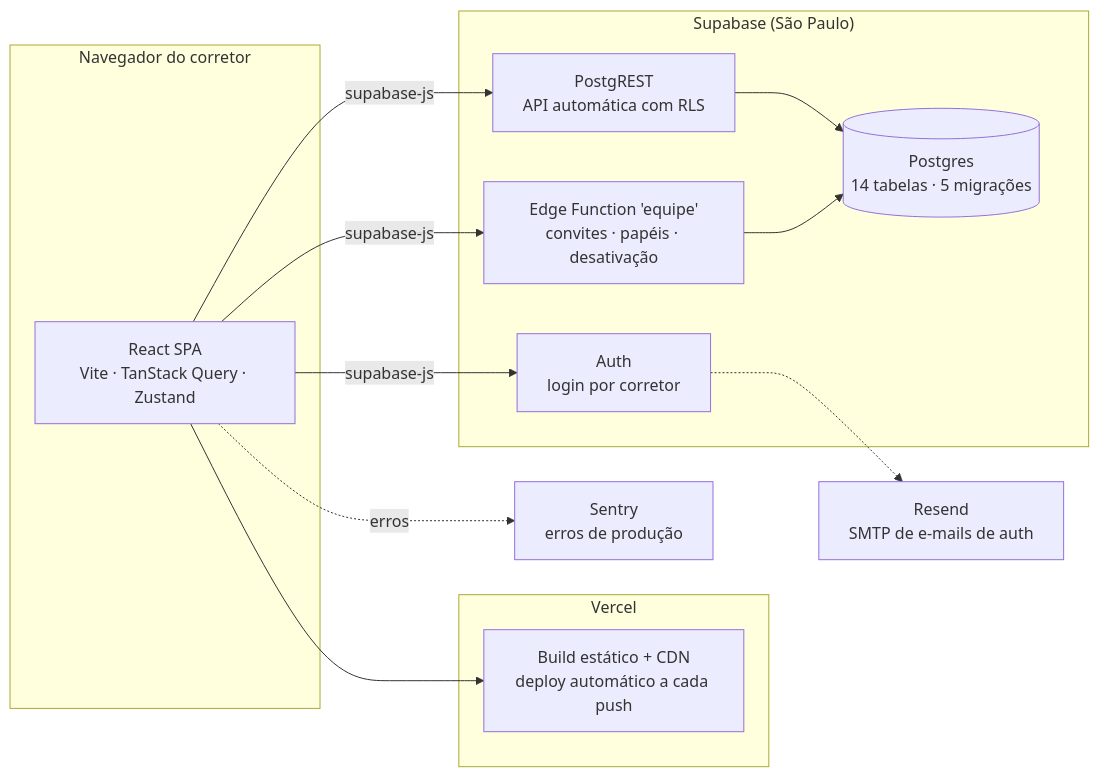
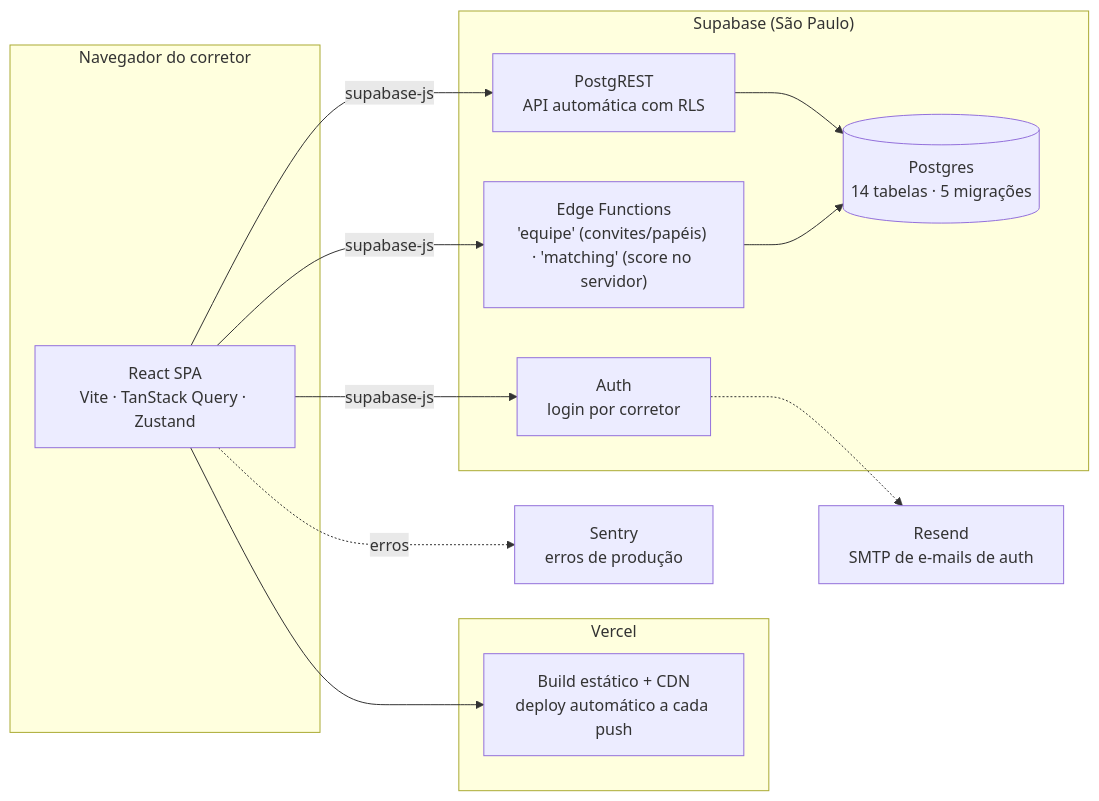
The first of 4 diagrams in README.md (mrobertzenith/navis-com-voce-mockup), drawn with Mermaid before and after one commit. The commit also changed other lines of this file and 1 other file, not shown here.

Commit message:
Documenta a Edge Function "matching" no README e MIGRACAO

````diff
--- a/README.md
+++ b/README.md
@@ -14,29 +14,29 @@
 ```mermaid
 flowchart LR
     subgraph client["Navegador do corretor"]
         UI["React SPA<br/>Vite · TanStack Query · Zustand"]
     end
 
     subgraph vercel["Vercel"]
         CDN["Build estático + CDN<br/>deploy automático a cada push"]
     end
 
     subgraph supabase["Supabase (São Paulo)"]
         AUTH["Auth<br/>login por corretor"]
         API["PostgREST<br/>API automática com RLS"]
-        FN["Edge Function 'equipe'<br/>convites · papéis · desativação"]
+        FN["Edge Functions<br/>'equipe' (convites/papéis) · 'matching' (score no servidor)"]
         DB[("Postgres<br/>14 tabelas · 5 migrações")]
     end
 
     SENTRY["Sentry<br/>erros de produção"]
     RESEND["Resend<br/>SMTP de e-mails de auth"]
 
     UI --> CDN
     UI -->|supabase-js| AUTH
     UI -->|supabase-js| API
     UI -->|supabase-js| FN
     API --> DB
     FN --> DB
     AUTH -.-> RESEND
     UI -.->|erros| SENTRY
 ```
````
